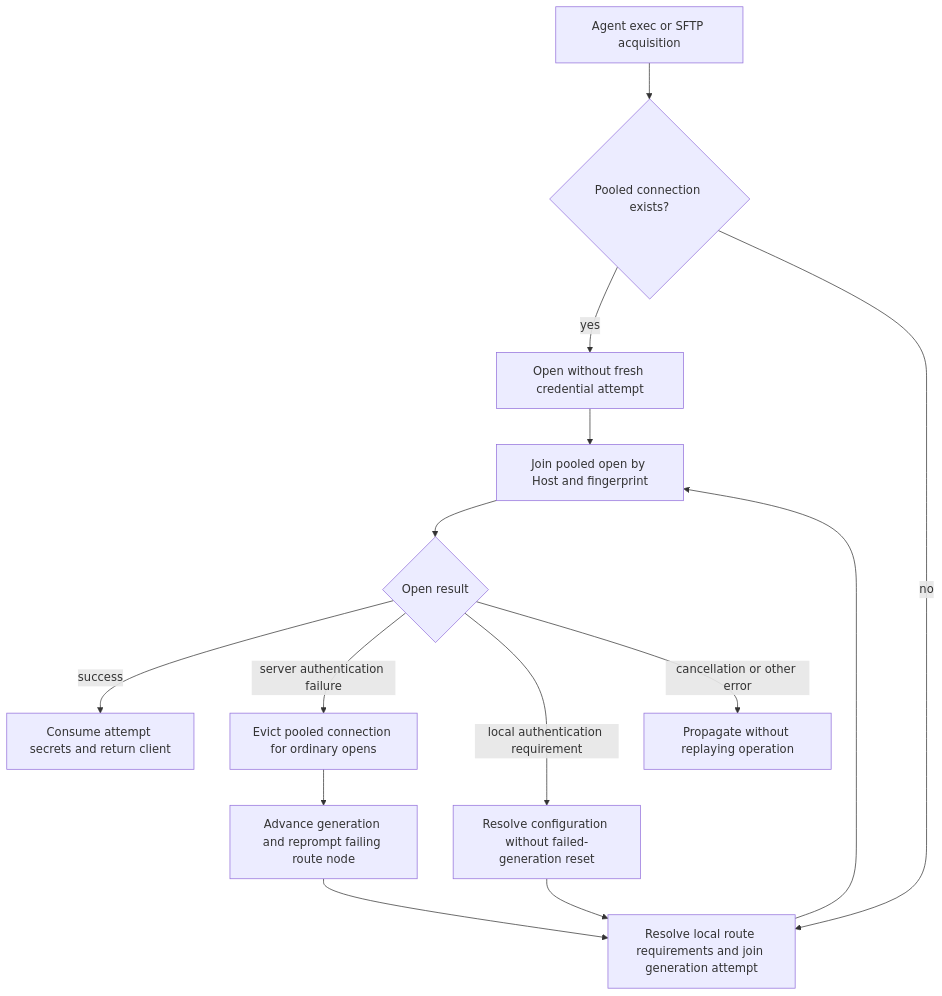
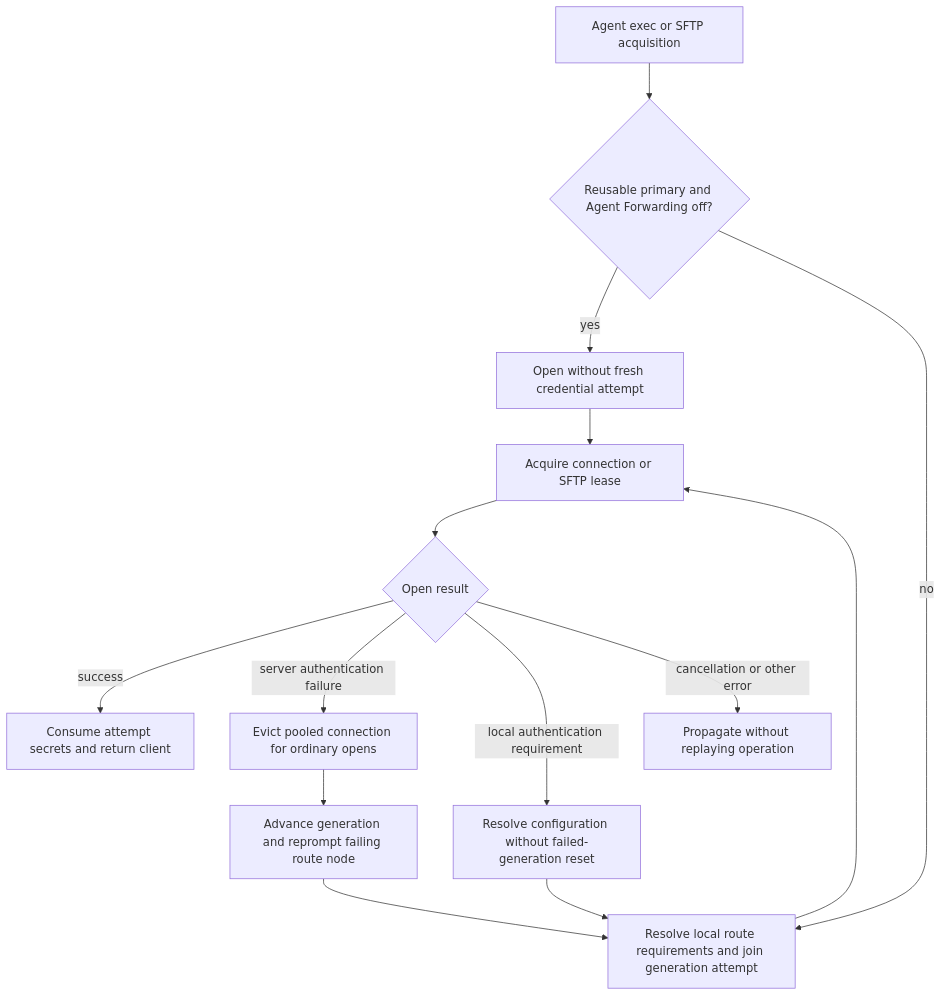
Before and after one commit to AkinoKaede/Termind: the fifth of 5 diagrams in openwiki/concepts/ssh-multiplexing-and-scheduling.md, drawn with Mermaid. The commit also changed other lines of this file and 67 other files, not shown here.

````diff
--- a/openwiki/concepts/ssh-multiplexing-and-scheduling.md
+++ b/openwiki/concepts/ssh-multiplexing-and-scheduling.md
@@ -191,16 +241,16 @@
 ```mermaid
 flowchart TD
-    Call["Agent exec or SFTP acquisition"] --> Reuse{"Pooled connection exists?"}
+    Call["Agent exec or SFTP acquisition"] --> Reuse{"Reusable primary and Agent Forwarding off?"}
     Reuse -->|yes| Pooled["Open without fresh credential attempt"]
     Reuse -->|no| Config["Resolve local route requirements and join generation attempt"]
-    Config --> Open["Join pooled open by Host and fingerprint"]
+    Config --> Open["Acquire connection or SFTP lease"]
     Pooled --> Open
     Open --> Result{"Open result"}
     Result -->|success| Success["Consume attempt secrets and return client"]
     Result -->|server authentication failure| Evict["Evict pooled connection for ordinary opens"]
     Evict --> Retry["Advance generation and reprompt failing route node"]
     Retry --> Config
     Result -->|local authentication requirement| Local["Resolve configuration without failed-generation reset"]
     Local --> Config
     Result -->|cancellation or other error| Fail["Propagate without replaying operation"]
 ```
````
